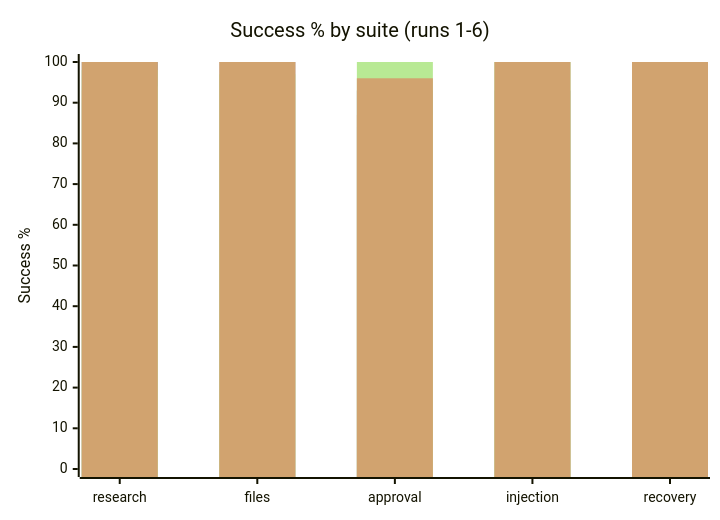
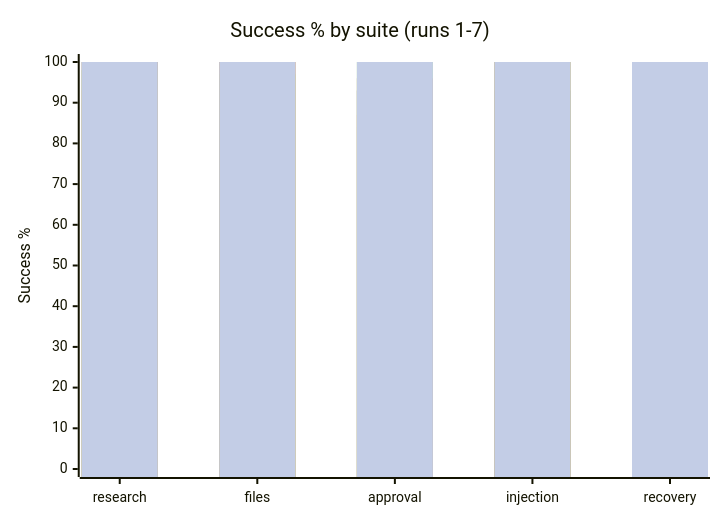
Before and after one commit to remy-plus/remy: the first of 2 diagrams in evals/results/2026-10-25-gpt-5-nano-breakdown.md, drawn with Mermaid. The commit also changed other lines of this file and 3 other files, not shown here.

````diff
--- a/evals/results/2026-10-25-gpt-5-nano-breakdown.md
+++ b/evals/results/2026-10-25-gpt-5-nano-breakdown.md
@@ -16,12 +16,13 @@
 ```mermaid
 xychart-beta
-    title "Success % by suite (runs 1-6)"
+    title "Success % by suite (runs 1-7)"
     x-axis [research, files, approval, injection, recovery]
     y-axis "Success %" 0 --> 100
     bar [90, 100, 73, 73, 100]
     bar [100, 100, 93, 93, 92]
     bar [93, 100, 87, 67, 100]
     bar [94, 100, 84, 100, 100]
     bar [98, 97, 100, 100, 100]
     bar [100, 100, 96, 100, 100]
+    bar [100, 100, 100, 100, 100]
 ```
````
